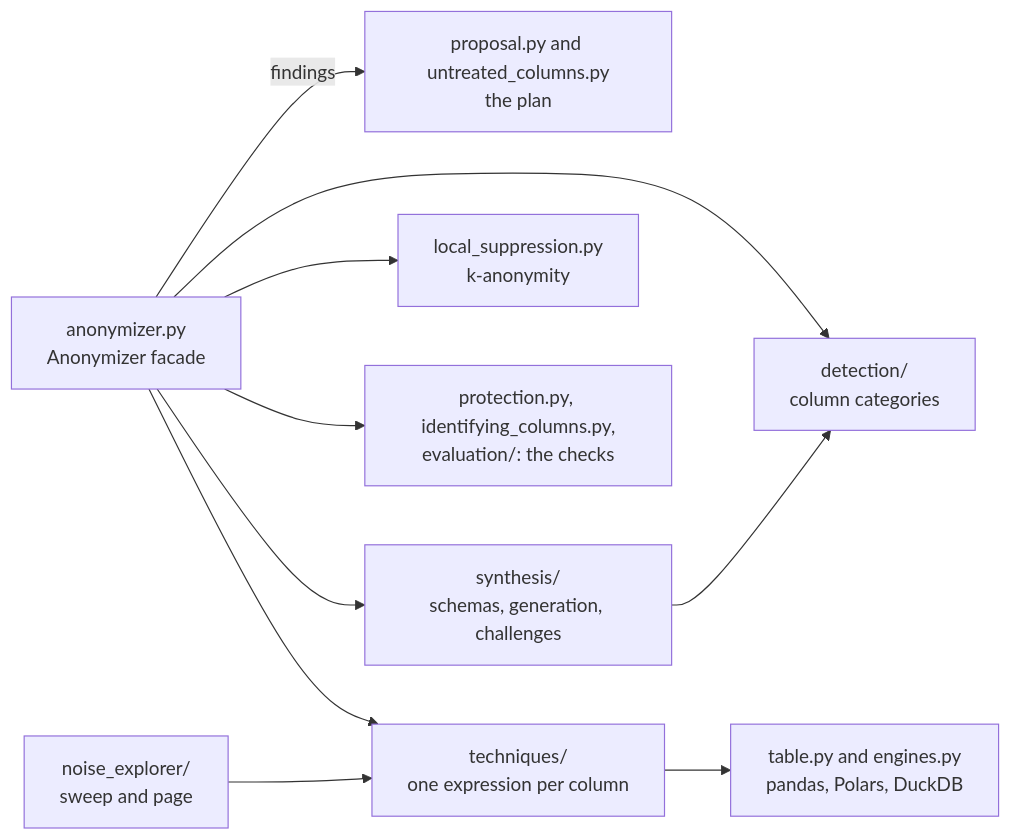
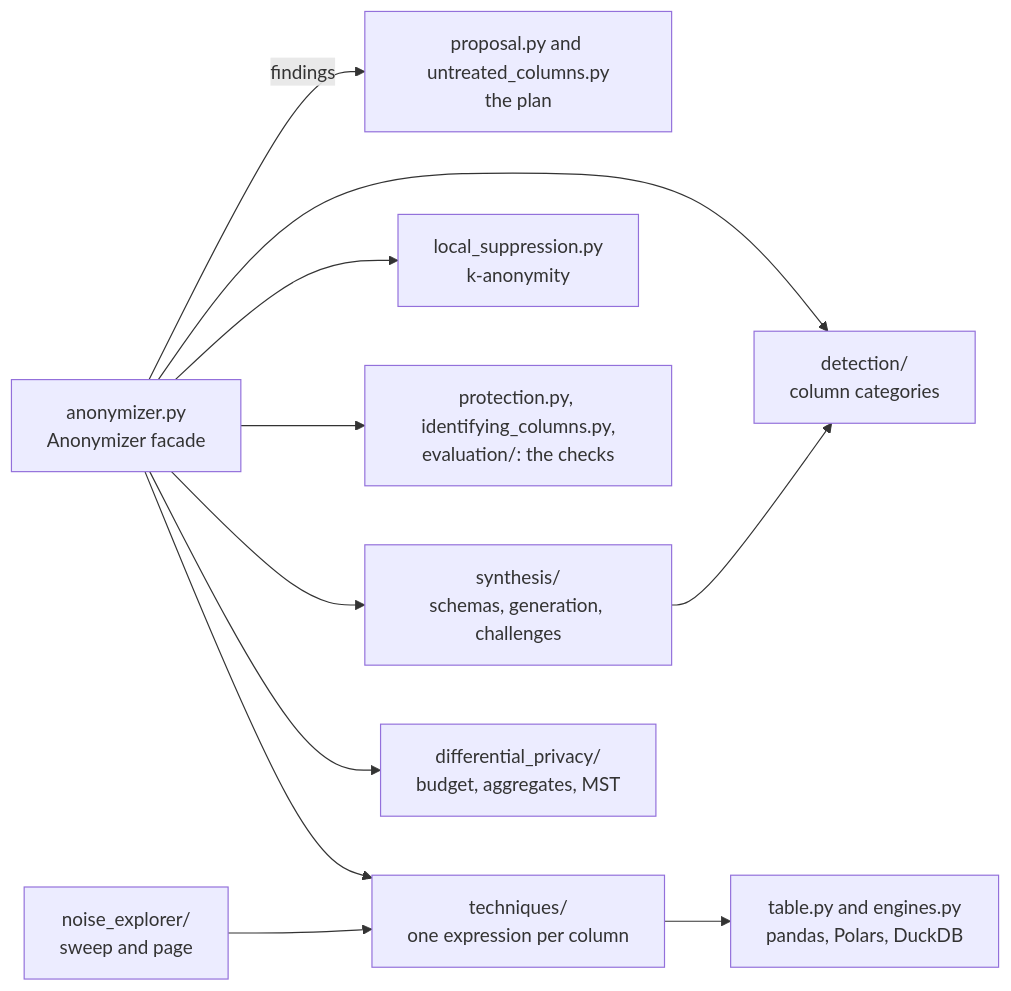
The third of 4 diagrams in ARCHITECTURE.md (rmonteiro-pereira/data-anonymizer), drawn with Mermaid before and after one commit. The commit also changed other lines of this file and 4 other files, not shown here.

First line of the commit message:
Document differential privacy: epsilon, public domains, aggregates, MST and the budget report

````diff
--- a/ARCHITECTURE.md
+++ b/ARCHITECTURE.md
@@ -94,21 +94,23 @@
 ```mermaid
 flowchart LR
   facade["anonymizer.py<br/>Anonymizer facade"]
   detection["detection/<br/>column categories"]
   proposal["proposal.py and untreated_columns.py<br/>the plan"]
   techniques["techniques/<br/>one expression per column"]
   table["table.py and engines.py<br/>pandas, Polars, DuckDB"]
   suppression["local_suppression.py<br/>k-anonymity"]
   protection["protection.py, identifying_columns.py,<br/>evaluation/: the checks"]
   synthesis["synthesis/<br/>schemas, generation, challenges"]
+  privacy["differential_privacy/<br/>budget, aggregates, MST"]
   explorer["noise_explorer/<br/>sweep and page"]
 
   facade --> detection
   facade -->|"findings"| proposal
   facade --> techniques --> table
   facade --> suppression
   facade --> protection
   facade --> synthesis
+  facade --> privacy
   explorer --> techniques
   synthesis --> detection
 ```
````
